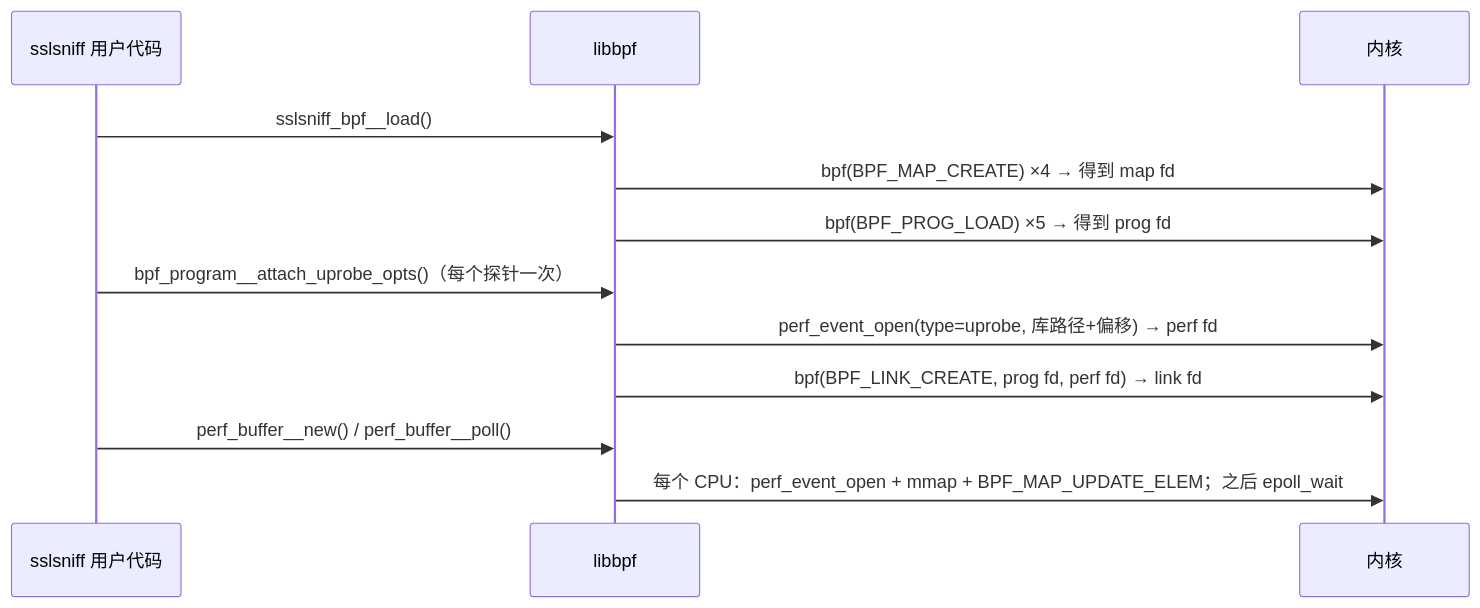
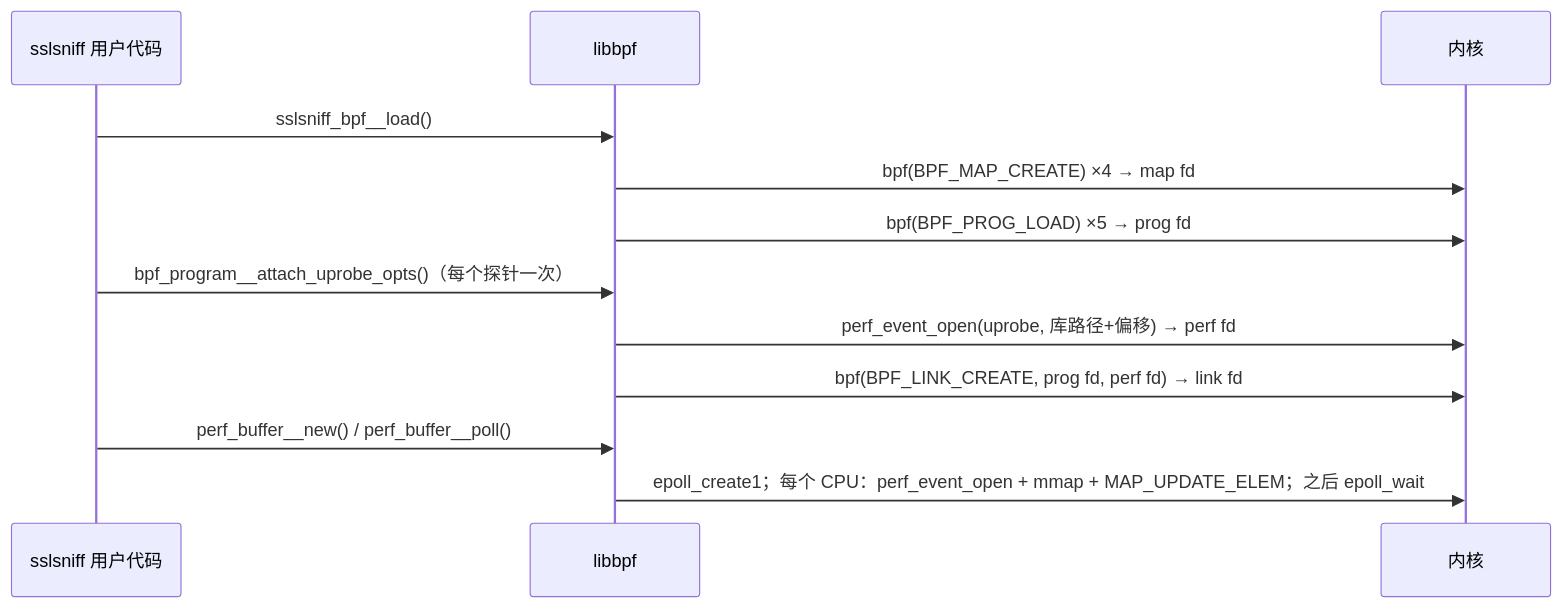
The first of 3 diagrams in 00-architecture.md (plsy1/bpftime-benchmark), drawn with Mermaid before and after one commit. The commit also changed other lines of this file and 40 other files, not shown here.

````diff
--- a/00-architecture.md
+++ b/00-architecture.md
@@ -89,14 +89,14 @@
 ```mermaid
 sequenceDiagram
     participant U as sslsniff 用户代码
     participant L as libbpf
     participant K as 内核
     U->>L: sslsniff_bpf__load()
-    L->>K: bpf(BPF_MAP_CREATE) ×4 → 得到 map fd
-    L->>K: bpf(BPF_PROG_LOAD) ×5 → 得到 prog fd
+    L->>K: bpf(BPF_MAP_CREATE) ×4 → map fd
+    L->>K: bpf(BPF_PROG_LOAD) ×5 → prog fd
     U->>L: bpf_program__attach_uprobe_opts()（每个探针一次）
-    L->>K: perf_event_open(type=uprobe, 库路径+偏移) → perf fd
+    L->>K: perf_event_open(uprobe, 库路径+偏移) → perf fd
     L->>K: bpf(BPF_LINK_CREATE, prog fd, perf fd) → link fd
     U->>L: perf_buffer__new() / perf_buffer__poll()
-    L->>K: 每个 CPU：perf_event_open + mmap + BPF_MAP_UPDATE_ELEM；之后 epoll_wait
+    L->>K: epoll_create1；每个 CPU：perf_event_open + mmap + MAP_UPDATE_ELEM；之后 epoll_wait
 ```
````
